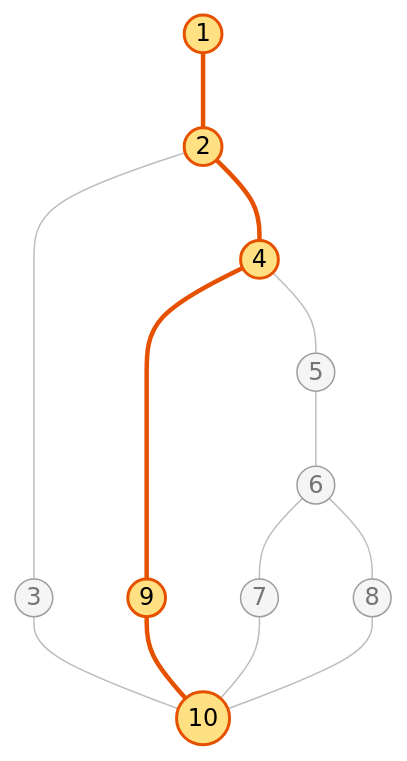
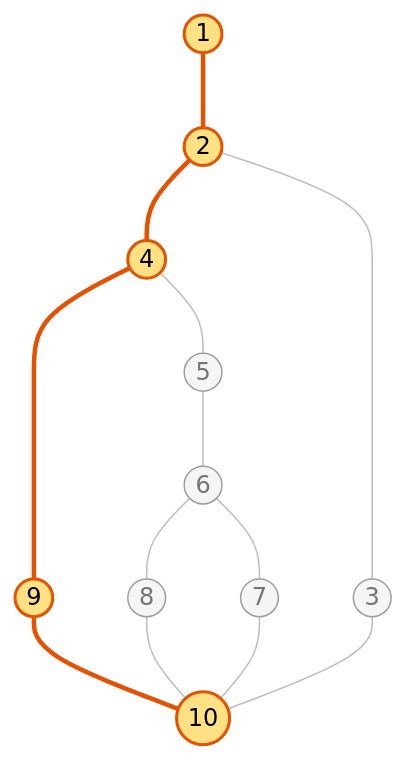
Before and after one commit to bloedige/itdb_ctf: the third of 5 diagrams in tests/docs/caja_blanca_06_permitir_flag.md, drawn with Mermaid (forest theme). The commit also changed other lines of this file and 47 other files, not shown here.

````diff
--- a/tests/docs/caja_blanca_06_permitir_flag.md
+++ b/tests/docs/caja_blanca_06_permitir_flag.md
@@ -111,20 +111,20 @@
 ```mermaid
 graph TD
     n1((1)) --- n2((2))
-    n2 --- n3((3))
-    n3 --- n10((10))
     n2 --- n4((4))
+    n4 --- n9((9))
+    n9 --- n10((10))
     n4 --- n5((5))
     n5 --- n6((6))
-    n4 --- n9((9))
-    n9 --- n10
+    n6 --- n8((8))
+    n8 --- n10
     n6 --- n7((7))
     n7 --- n10
-    n6 --- n8((8))
-    n8 --- n10
+    n2 --- n3((3))
+    n3 --- n10
     classDef default fill:#f5f5f5,stroke:#9e9e9e,color:#757575
     classDef camino fill:#ffe082,stroke:#e65100,stroke-width:2px,color:#000
     class n1,n2,n4,n9,n10 camino
     linkStyle default stroke:#bdbdbd,stroke-width:1px
-    linkStyle 0,3,6,7 stroke:#e65100,stroke-width:3px
+    linkStyle 0,1,2,3 stroke:#e65100,stroke-width:3px
 ```
````
